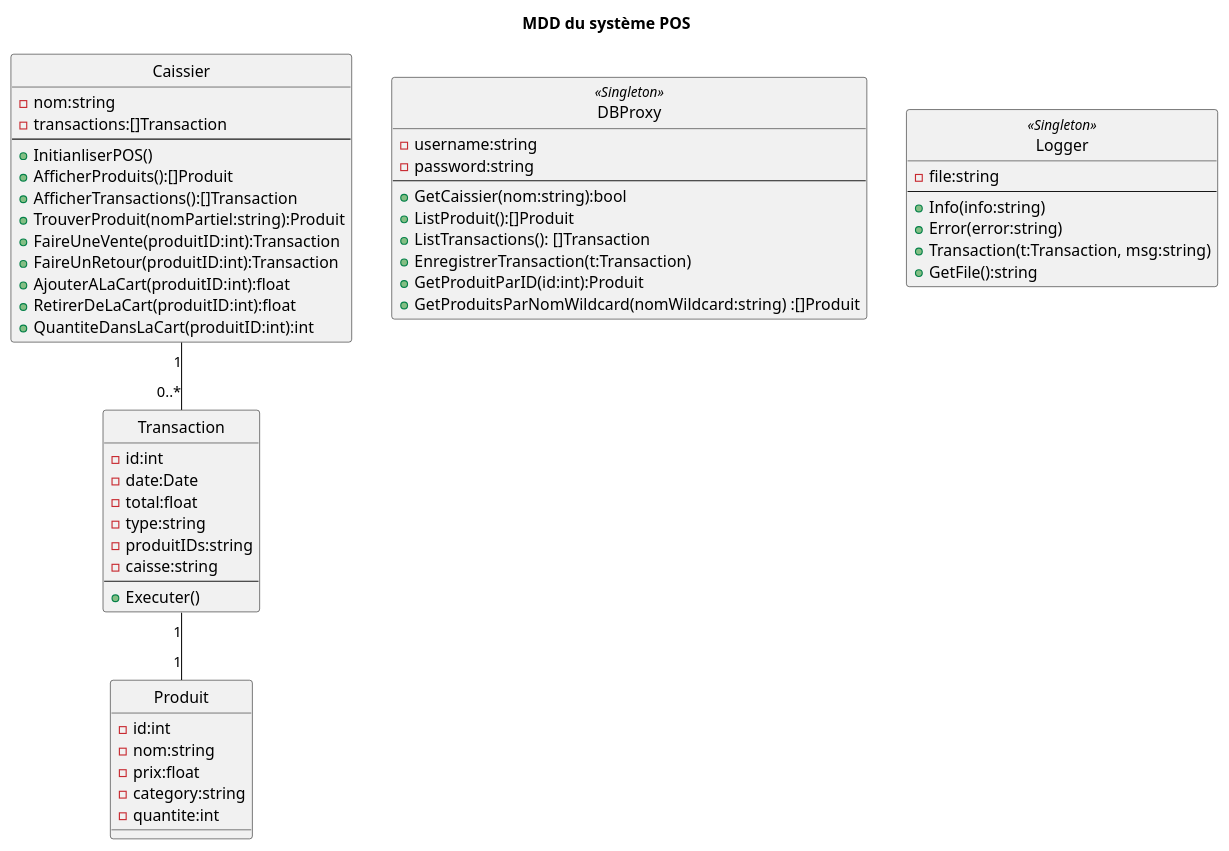
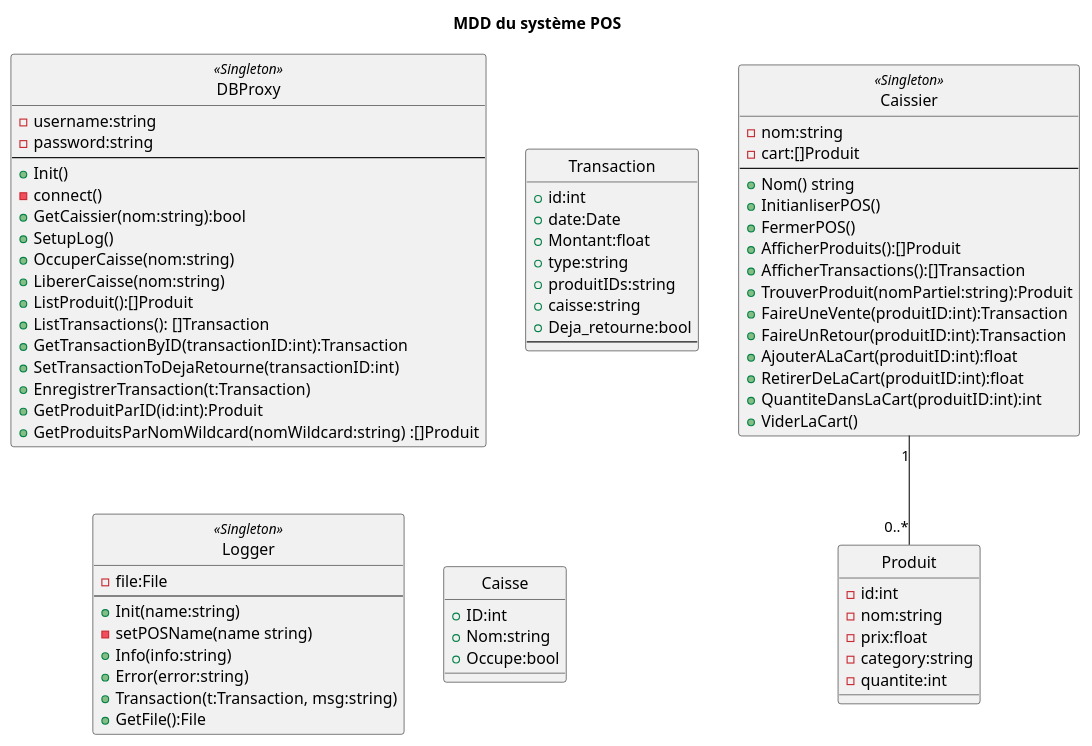
The diagram in docs/uml/class.puml (SunnyKentz/labo-1-log430), drawn with PlantUML before and after one commit. The commit also changed 35 other files, not shown here.

```diff
--- a/docs/uml/class.puml
+++ b/docs/uml/class.puml
@@ -1,59 +1,76 @@
 @startuml
 hide circle
 title MDD du système POS
 class Produit {
     - id:int
     - nom:string
     - prix:float
     - category:string
     - quantite:int
 }
 class DBProxy <<Singleton>>{
     - username:string
     - password:string
     --
+    + Init()
+    - connect()
     + GetCaissier(nom:string):bool
+    + SetupLog()
+    + OccuperCaisse(nom:string)
+    + LibererCaisse(nom:string)
     + ListProduit():[]Produit
     + ListTransactions(): []Transaction
+    + GetTransactionByID(transactionID:int):Transaction
+    + SetTransactionToDejaRetourne(transactionID:int)
     + EnregistrerTransaction(t:Transaction)
     + GetProduitParID(id:int):Produit
     + GetProduitsParNomWildcard(nomWildcard:string) :[]Produit
 }
 class Transaction{
-    - id:int
-    - date:Date
-    - total:float
-    - type:string
-    - produitIDs:string
-    - caisse:string
+    + id:int
+    + date:Date
+    + Montant:float
+    + type:string
+    + produitIDs:string
+    + caisse:string
+    + Deja_retourne:bool
     --
-    + Executer()
 }
 class Logger <<Singleton>>{
-    - file:string
+    - file:File
     --
+    + Init(name:string)
+    - setPOSName(name string)
     + Info(info:string)
     + Error(error:string)
     + Transaction(t:Transaction, msg:string)
-    + GetFile():string
+    + GetFile():File
 }
 
-class Caissier {
+class Caisse {
+    + ID:int    
+	+ Nom:string 
+	+ Occupe:bool 
+}
+
+class Caissier <<Singleton>>{
     - nom:string
-    - transactions:[]Transaction
+    - cart:[]Produit
     --
+    + Nom() string
     + InitianliserPOS()
+    + FermerPOS()
     + AfficherProduits():[]Produit
     + AfficherTransactions():[]Transaction
     + TrouverProduit(nomPartiel:string):Produit
     + FaireUneVente(produitID:int):Transaction
     + FaireUnRetour(produitID:int):Transaction
     + AjouterALaCart(produitID:int):float
     + RetirerDeLaCart(produitID:int):float
     + QuantiteDansLaCart(produitID:int):int
+    + ViderLaCart()
 }
 
-Caissier "1" -- "0..*" Transaction
-Transaction "1" -- "1" Produit
+Caissier "1" -- "0..*" Produit
 
 @enduml
```
